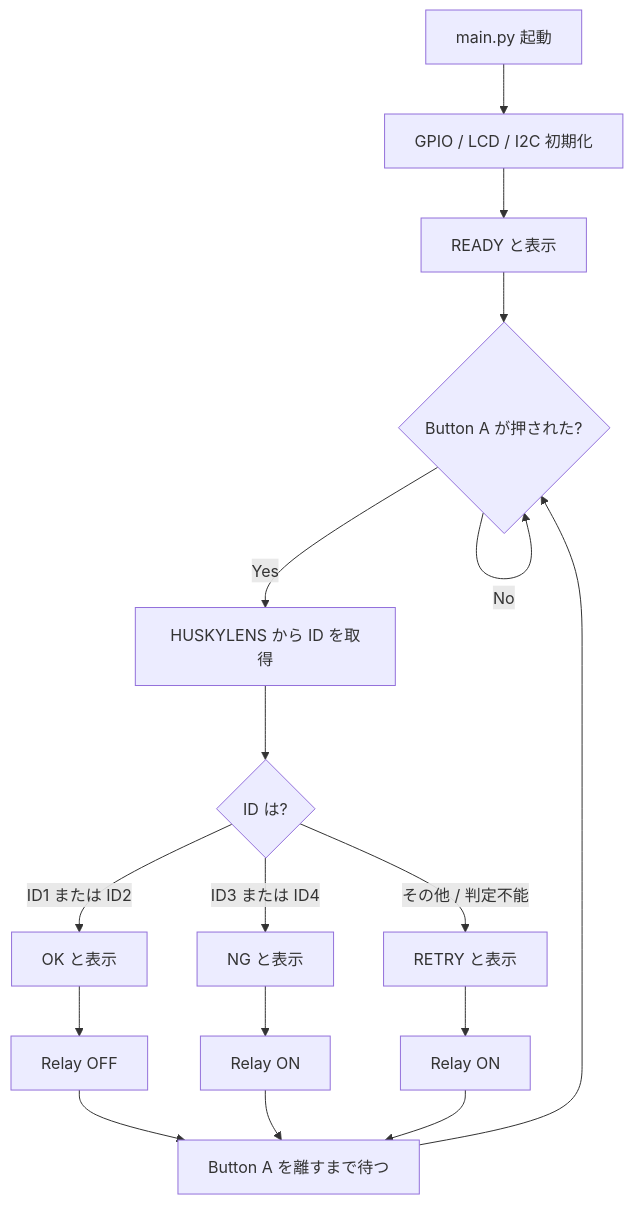
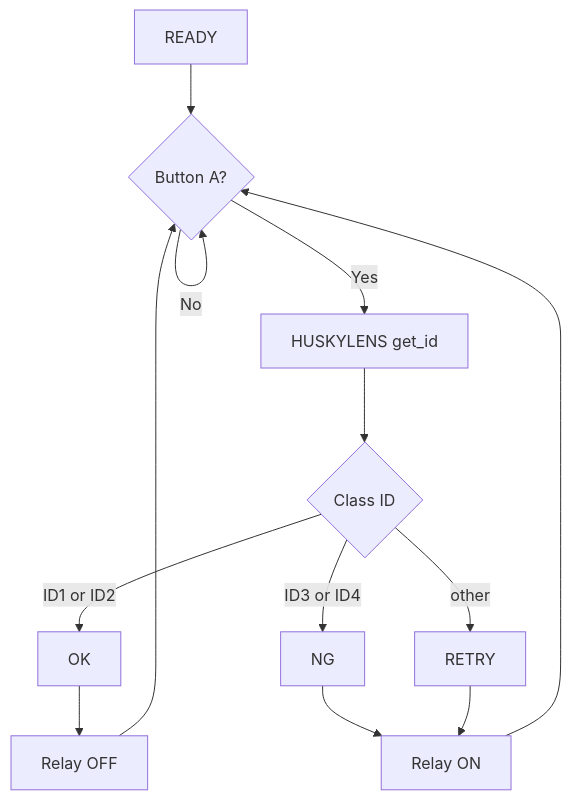
Before and after one commit to t-kubota72459/E03: the second of 2 diagrams in 051_ai_learning_m5_connection.md, drawn with Mermaid. The commit also changed other lines of this file and 2 other files, not shown here.

````diff
--- a/051_ai_learning_m5_connection.md
+++ b/051_ai_learning_m5_connection.md
@@ -406,25 +490,15 @@
 ```mermaid
 flowchart TD
-    A[main.py 起動] --> B[GPIO / LCD / I2C 初期化]
-    B --> C[READY と表示]
-    C --> D{Button A が押された?}
-
-    D -- No --> D
-    D -- Yes --> E[HUSKYLENS から ID を取得]
-
-    E --> F{ID は?}
-
-    F -- ID1 または ID2 --> G[OK と表示]
-    G --> H[Relay OFF]
-
-    F -- ID3 または ID4 --> I[NG と表示]
-    I --> J[Relay ON]
-
-    F -- その他 / 判定不能 --> K[RETRY と表示]
-    K --> L[Relay ON]
-
-    H --> M[Button A を離すまで待つ]
-    J --> M
-    L --> M
-    M --> D
+    A[READY] --> B{Button A?}
+    B -- No --> B
+    B -- Yes --> C[HUSKYLENS get_id]
+    C --> D{Class ID}
+    D -- ID1 or ID2 --> E[OK]
+    D -- ID3 or ID4 --> F[NG]
+    D -- other --> G[RETRY]
+    E --> H[Relay OFF]
+    F --> I[Relay ON]
+    G --> I
+    H --> B
+    I --> B
 ```
````
